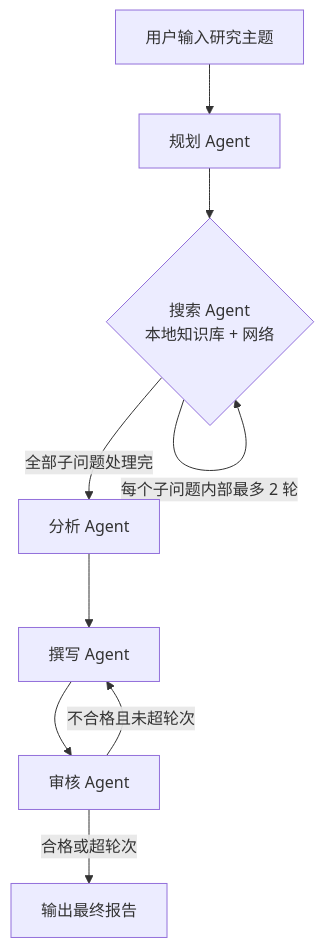
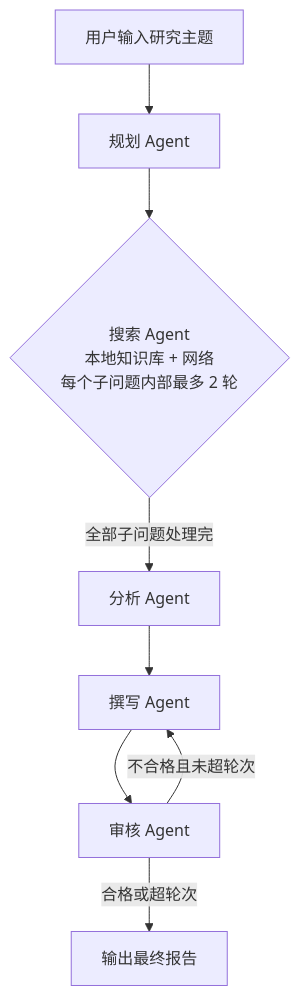
One commit to Guiqing313/AgentForge-LangGraph changed the diagram in README.md. Above: the diagram before and after it, drawn with Mermaid. The commit also changed 14 other files, not shown here.

````diff
--- a/README.md
+++ b/README.md
@@ -18,11 +18,10 @@
 ```mermaid
 flowchart TD
     A[用户输入研究主题] --> B[规划 Agent]
-    B --> C{搜索 Agent<br/>本地知识库 + 网络}
-    C -->|每个子问题内部最多 2 轮| C
+    B --> C{搜索 Agent<br/>本地知识库 + 网络<br/>每个子问题内部最多 2 轮}
     C -->|全部子问题处理完| D[分析 Agent]
     D --> E[撰写 Agent]
     E --> F[审核 Agent]
     F -->|不合格且未超轮次| E
     F -->|合格或超轮次| G[输出最终报告]
 ```
````
